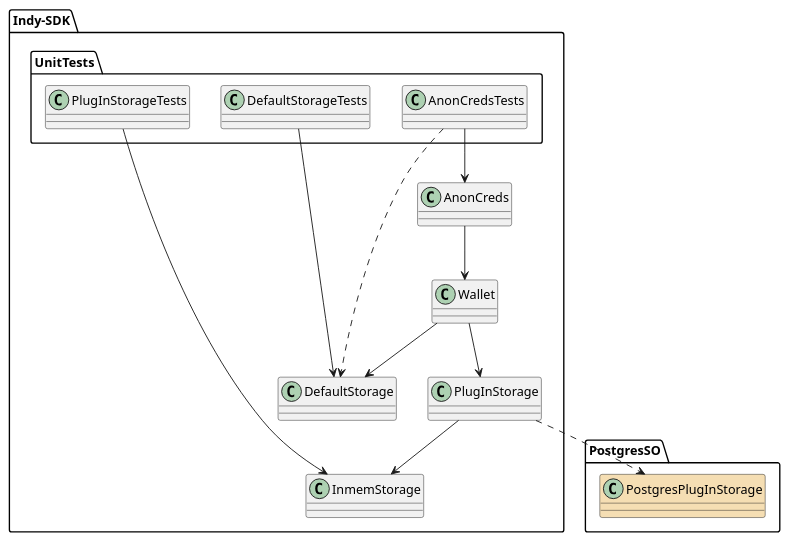
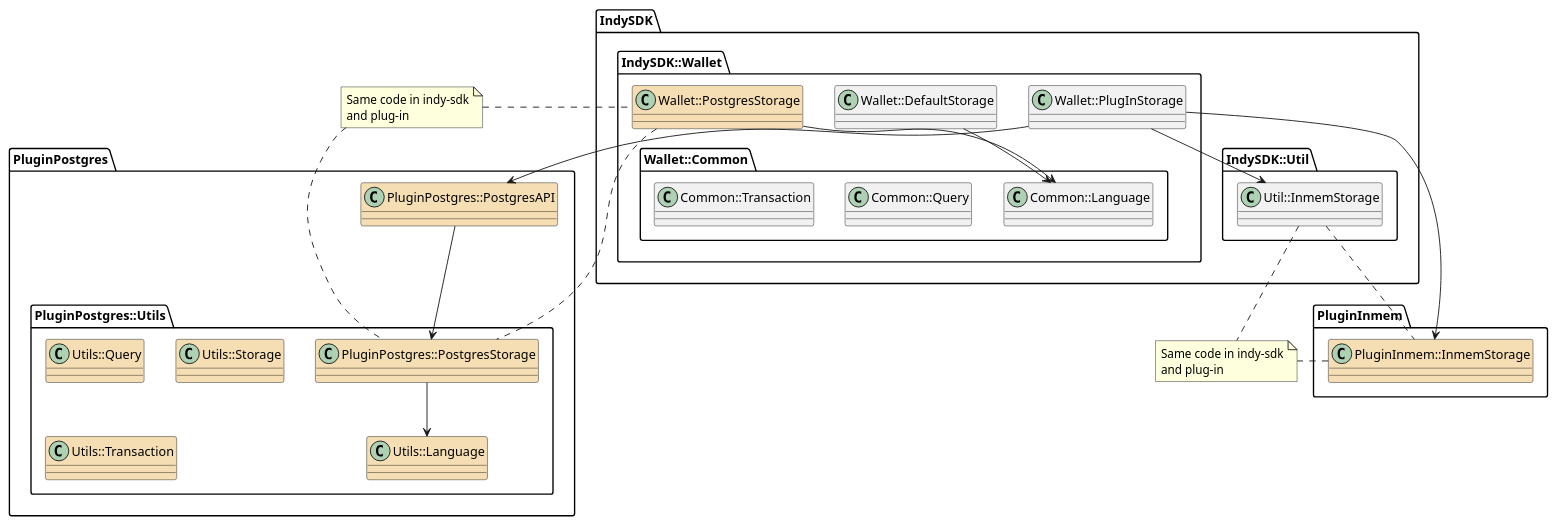
Before and after one commit to hyperledger/indy-hipe: the diagram in text/postgres-storage-plugin/design/sdk-storage.puml, drawn with PlantUML. The commit also changed 4 other files, not shown here.

Commit message:
Updated README and added design diagrams

```diff
--- a/text/postgres-storage-plugin/design/sdk-storage.puml
+++ b/text/postgres-storage-plugin/design/sdk-storage.puml
@@ -1,33 +1,59 @@
 @startuml
 
-package Indy-SDK <<Folder >> {
-  class AnonCreds
-  class Wallet
-  class DefaultStorage
-  class PlugInStorage
-  class InmemStorage
+package IndySDK <<Folder >> {
+  package IndySDK::Wallet {
+    class Wallet::DefaultStorage
+    class Wallet::PostgresStorage #Wheat
+    class Wallet::PlugInStorage
 
-  AnonCreds -down-> Wallet
-  Wallet -down-> DefaultStorage
-  Wallet -down-> PlugInStorage
-  PlugInStorage -down-> InmemStorage
+    package Wallet::Common <<Folder>> {
+      class Common::Language
+      class Common::Query
+      class Common::Transaction
+    }
 
-  package UnitTests <<Folder>> {
-    class AnonCredsTests
-    class DefaultStorageTests
-    class PlugInStorageTests
+    Wallet::DefaultStorage -down-> Common::Language
+    Wallet::PostgresStorage -down-> Common::Language
   }
 
-  AnonCredsTests -down-> AnonCreds
-  DefaultStorageTests -down-> DefaultStorage
-  PlugInStorageTests -down-> InmemStorage
-  AnonCredsTests .down.> DefaultStorage
+  package IndySDK::Util <<Folder>> {
+    class Util::InmemStorage
+  }
+
+  Wallet::PlugInStorage -down-> Util::InmemStorage
 }
 
-package PostgresSO <<Folder>> {
-  class PostgresPlugInStorage #Wheat
+package PluginInmem <<Folder>> {
+  class PluginInmem::InmemStorage #Wheat
 }
 
-PlugInStorage .down.> PostgresPlugInStorage
+package PluginPostgres <<Folder>> {
+  class PluginPostgres::PostgresAPI #Wheat
+
+  package PluginPostgres::Utils <<Folder>> {
+    class PluginPostgres::PostgresStorage #Wheat
+    class Utils::Language #Wheat
+    class Utils::Query #Wheat
+    class Utils::Storage #Wheat
+    class Utils::Transaction #Wheat
+  }
+
+  PluginPostgres::PostgresAPI -down-> PluginPostgres::PostgresStorage
+  PluginPostgres::PostgresStorage -down-> Utils::Language
+}
+
+Util::InmemStorage .down. PluginInmem::InmemStorage
+Wallet::PostgresStorage .down. PluginPostgres::PostgresStorage
+
+Wallet::PlugInStorage -down-> PluginInmem::InmemStorage
+Wallet::PlugInStorage -down-> PluginPostgres::PostgresAPI
+
+note "Same code in indy-sdk\nand plug-in" as N1
+Wallet::PostgresStorage .left. N1
+PluginPostgres::PostgresStorage .left. N1
+
+note "Same code in indy-sdk\nand plug-in" as N2
+Util::InmemStorage .right. N2
+PluginInmem::InmemStorage .right. N2
 
 @enduml
```
